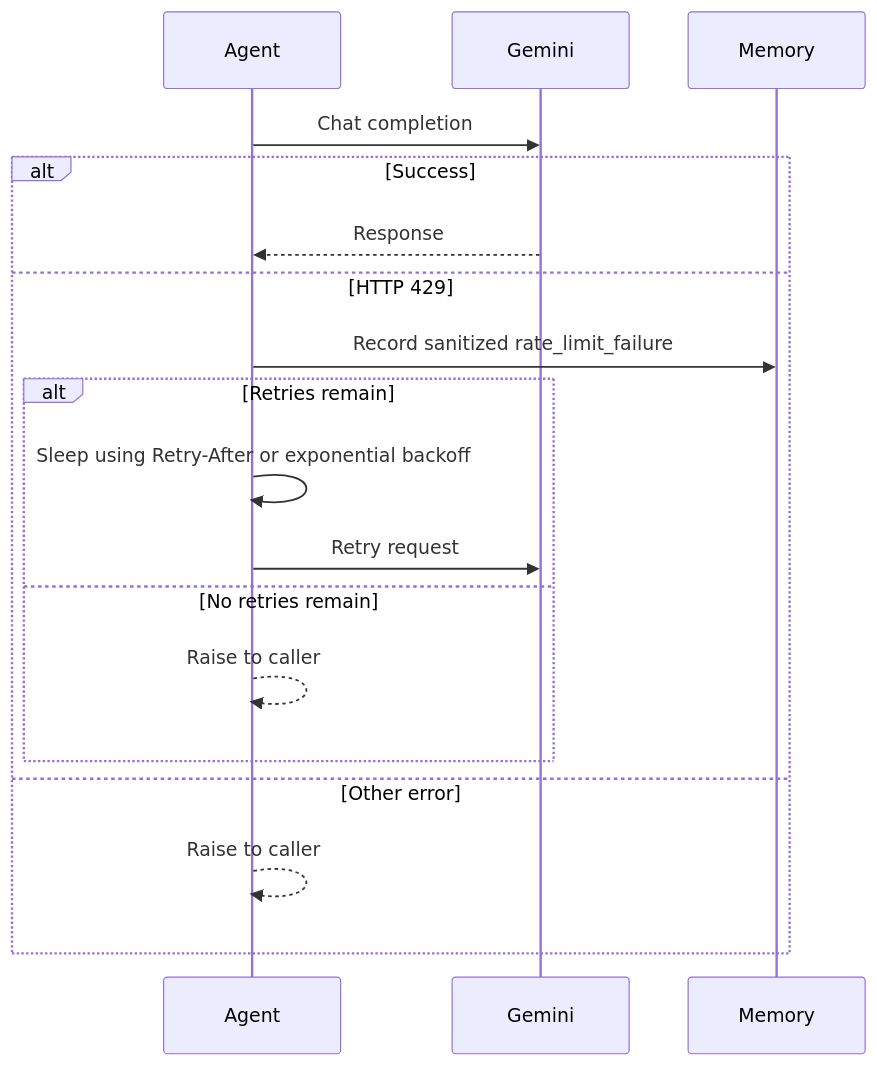
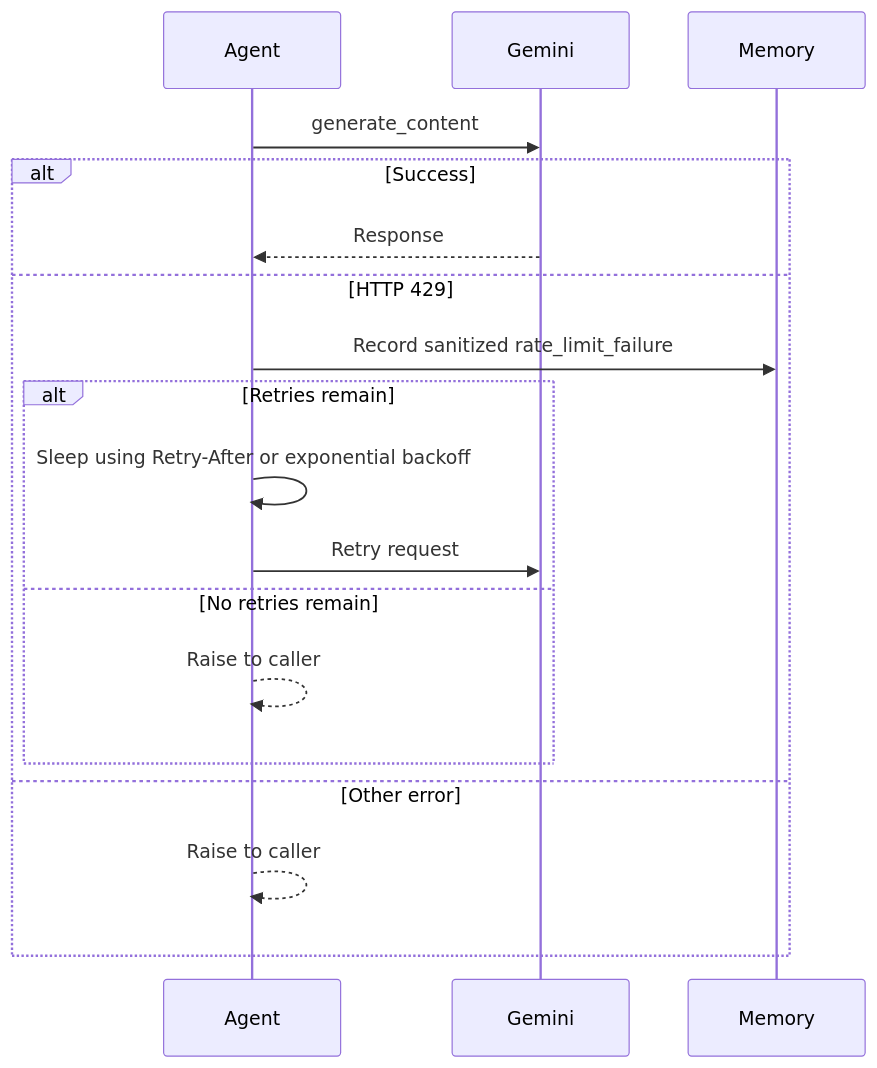
The seventh of 7 diagrams in docs/04-workflows.md (yessaravanan/gemini-research-agent), drawn with Mermaid before and after one commit. The commit also changed other lines of this file and 19 other files, not shown here.

````diff
--- a/docs/04-workflows.md
+++ b/docs/04-workflows.md
@@ -171,21 +196,21 @@
 ```mermaid
 sequenceDiagram
     participant Agent
     participant Gemini
     participant Memory
 
-    Agent->>Gemini: Chat completion
+    Agent->>Gemini: generate_content
     alt Success
         Gemini-->>Agent: Response
     else HTTP 429
         Agent->>Memory: Record sanitized rate_limit_failure
         alt Retries remain
             Agent->>Agent: Sleep using Retry-After or exponential backoff
             Agent->>Gemini: Retry request
         else No retries remain
             Agent-->>Agent: Raise to caller
         end
     else Other error
         Agent-->>Agent: Raise to caller
     end
 ```
````
